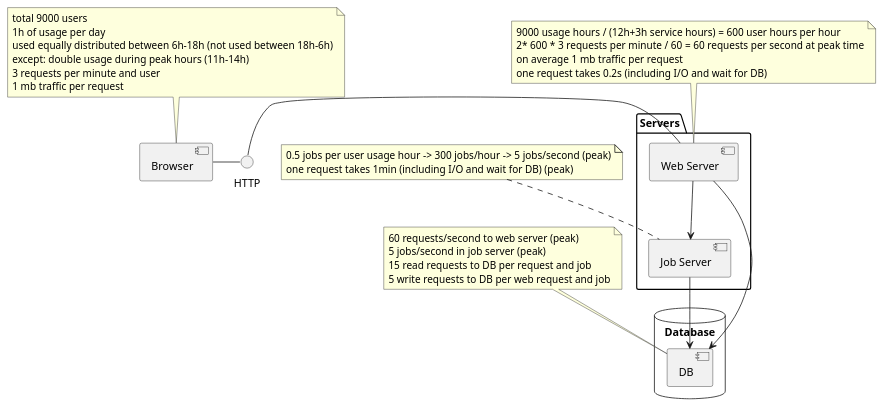
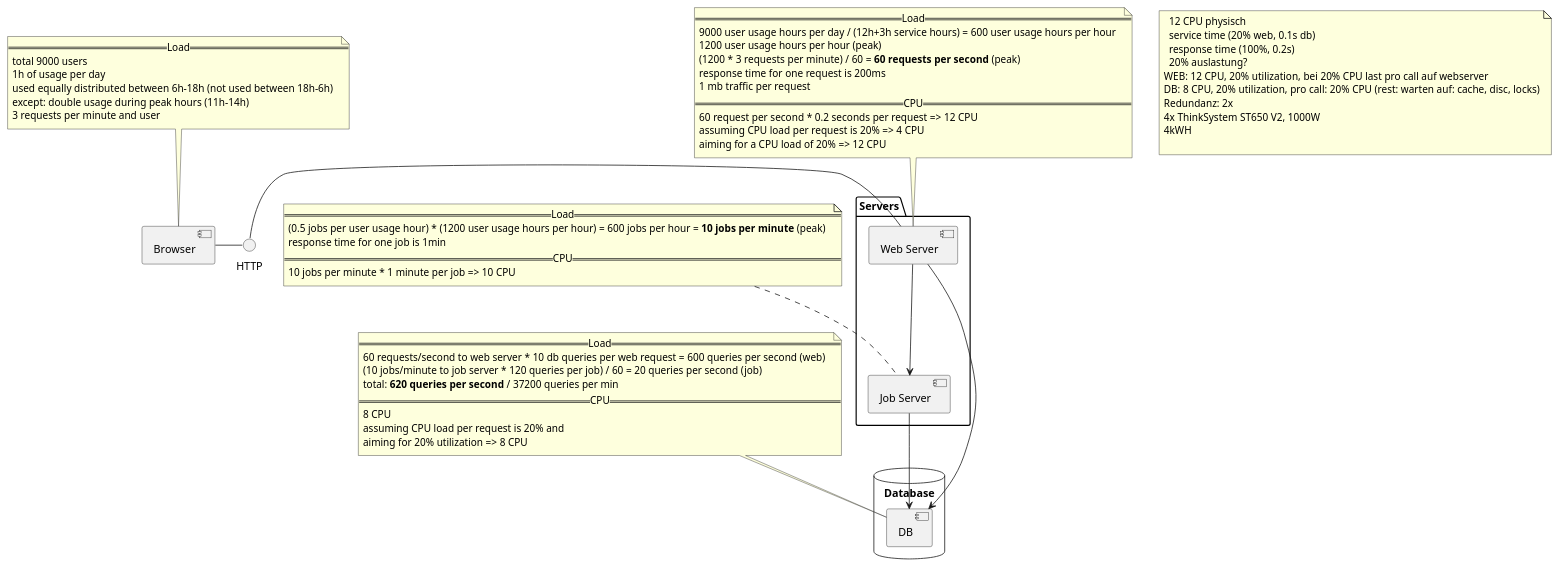
The diagram in src/scenario/environment/ProductionEnvironment.puml (abeggchr/environmental-impact-estimator), drawn with PlantUML before and after one commit. The commit also changed 2 other files, not shown here.

```diff
--- a/src/scenario/environment/ProductionEnvironment.puml
+++ b/src/scenario/environment/ProductionEnvironment.puml
@@ -1,58 +1,83 @@
 @startuml
 'https://plantuml.com/component-diagram
 
 [Browser] - HTTP
 
 note as BN
+  == Load ==
   total 9000 users
   1h of usage per day
   used equally distributed between 6h-18h (not used between 18h-6h)
   except: double usage during peak hours (11h-14h)
   3 requests per minute and user
-  1 mb traffic per request
 end note
 
 BN .. [Browser]
 
 
 package "Servers" {
   HTTP - [Web Server]
   [Job Server]
 }
 
 note as WN
-  9000 usage hours / (12h+3h service hours) = 600 user hours per hour
-  2* 600 * 3 requests per minute / 60 = 60 requests per second at peak time
-  on average 1 mb traffic per request
-  one request takes 0.2s (including I/O and wait for DB)
+  == Load ==
+  9000 user usage hours per day / (12h+3h service hours) = 600 user usage hours per hour
+  1200 user usage hours per hour (peak)
+  (1200 * 3 requests per minute) / 60 = **60 requests per second** (peak)
+  response time for one request is 200ms
+  1 mb traffic per request
+  == CPU ==
+  60 request per second * 0.2 seconds per request => 12 CPU
+  assuming CPU load per request is 20% => 4 CPU
+  aiming for a CPU load of 20% => 12 CPU
 end note
 
 WN .. [Web Server]
 
 
 note as JN
-  0.5 jobs per user usage hour -> 300 jobs/hour -> 5 jobs/second (peak)
-  one request takes 1min (including I/O and wait for DB) (peak)
+  == Load ==
+  (0.5 jobs per user usage hour) * (1200 user usage hours per hour) = 600 jobs per hour = **10 jobs per minute** (peak)
+  response time for one job is 1min
+  == CPU ==
+  10 jobs per minute * 1 minute per job => 10 CPU
 end note
 
 JN .. [Job Server]
 
 
 note as DN
-  60 requests/second to web server (peak)
-  5 jobs/second in job server (peak)
-  15 read requests to DB per request and job
-  5 write requests to DB per web request and job
+  == Load ==
+  60 requests/second to web server * 10 db queries per web request = 600 queries per second (web)
+  (10 jobs/minute to job server * 120 queries per job) / 60 = 20 queries per second (job)
+  total: **620 queries per second** / 37200 queries per min
+  == CPU ==
+  8 CPU
+  assuming CPU load per request is 20% and
+  aiming for 20% utilization => 8 CPU
 end note
 
 database "Database" {
    [DB]
 }
 
 DN .. [DB]
 
 [Web Server] --> [DB]
 [Web Server] --> [Job Server]
 [Job Server] --> [DB]
 
+note as D
+  12 CPU physisch
+  service time (20% web, 0.1s db)
+  response time (100%, 0.2s)
+  20% auslastung?
+WEB: 12 CPU, 20% utilization, bei 20% CPU last pro call auf webserver
+DB: 8 CPU, 20% utilization, pro call: 20% CPU (rest: warten auf: cache, disc, locks)
+Redundanz: 2x
+4x ThinkSystem ST650 V2, 1000W
+4kWH
+
+endnote
 @enduml
```
